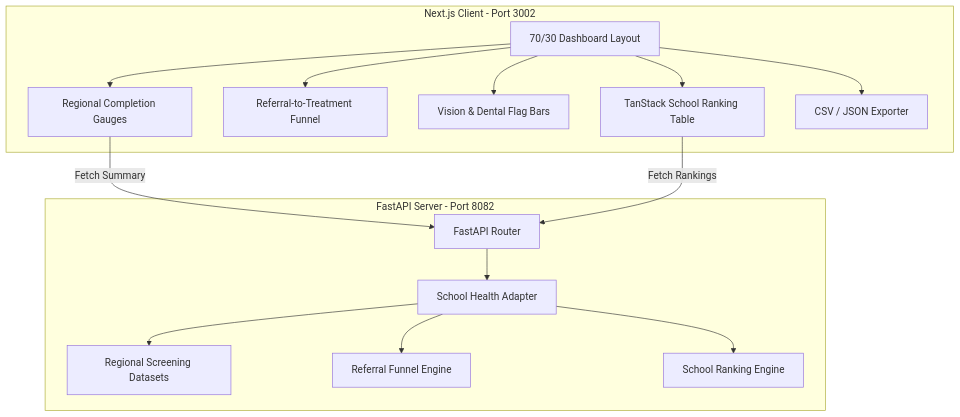
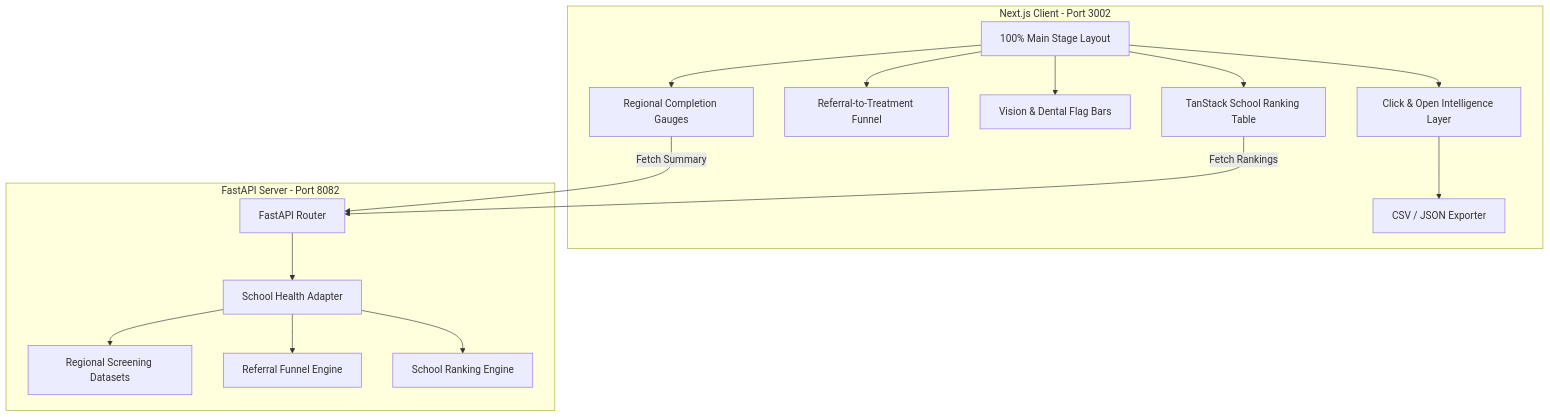
One commit to Awaaz-123/POC-40-SchoolHealthScreeningDashboard-Awaaz-Phase2 changed the diagram in README.md. Above: the diagram before and after it, drawn with Mermaid. The commit also changed other lines of this file and 5 other files, not shown here.

Commit message:
feat: update program title to Infocreon Internship, convert layout to 100% full-width with Click & Open Intelligence Layer, and add developer signature

````diff
--- a/README.md
+++ b/README.md
@@ -26,20 +34,21 @@
 ```mermaid
 graph TD
     subgraph Frontend [Next.js Client - Port 3002]
-        UI[70/30 Dashboard Layout] --> Gauges[Regional Completion Gauges]
+        UI[100% Main Stage Layout] --> Gauges[Regional Completion Gauges]
         UI --> Funnel[Referral-to-Treatment Funnel]
         UI --> FlagBars[Vision & Dental Flag Bars]
         UI --> Table[TanStack School Ranking Table]
-        UI --> Exporter[CSV / JSON Exporter]
+        UI --> IntelLayer[Click & Open Intelligence Layer]
+        IntelLayer --> Exporter[CSV / JSON Exporter]
     end
 
     subgraph Backend [FastAPI Server - Port 8082]
         API[FastAPI Router] --> HealthAdapter[School Health Adapter]
         HealthAdapter --> RegionalData[Regional Screening Datasets]
         HealthAdapter --> FunnelData[Referral Funnel Engine]
         HealthAdapter --> RankEngine[School Ranking Engine]
     end
 
     Gauges -->|Fetch Summary| API
     Table -->|Fetch Rankings| API
 ```
````
